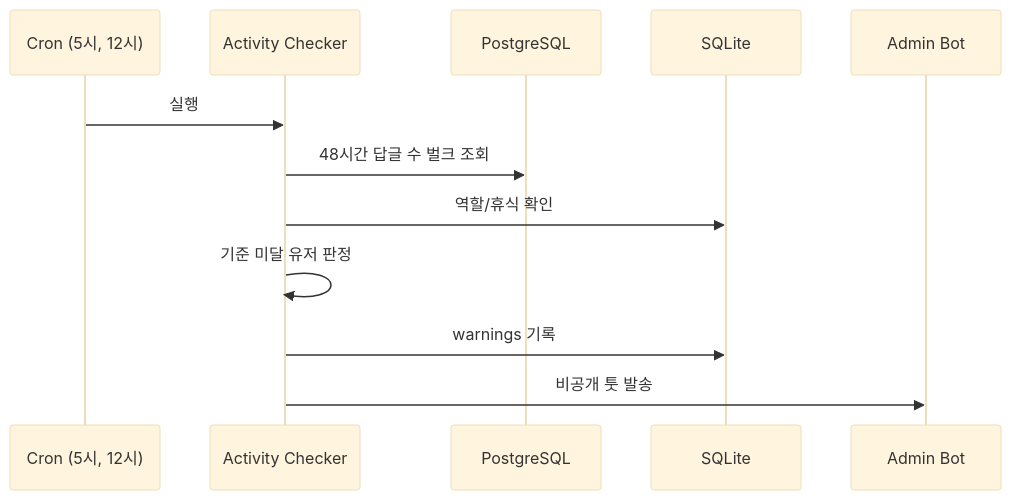
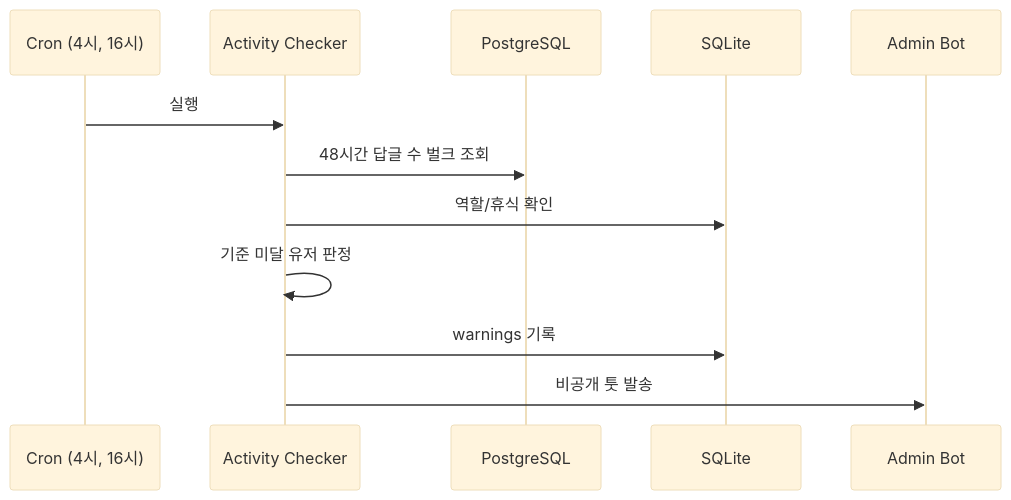
The third of 3 diagrams in docs/architecture.md (NinoNinoNinoling/commumanager), drawn with Mermaid (base theme) before and after one commit. The commit also changed other lines of this file and 6 other files, not shown here.

````diff
--- a/docs/architecture.md
+++ b/docs/architecture.md
@@ -31,15 +31,15 @@
 ```mermaid
 sequenceDiagram
-    participant C as Cron (5시, 12시)
+    participant C as Cron (4시, 16시)
     participant B as Activity Checker
     participant P as PostgreSQL
     participant S as SQLite
     participant A as Admin Bot
 
     C->>B: 실행
     B->>P: 48시간 답글 수 벌크 조회
     B->>S: 역할/휴식 확인
     B->>B: 기준 미달 유저 판정
     B->>S: warnings 기록
     B->>A: 비공개 툿 발송
 ```
````
